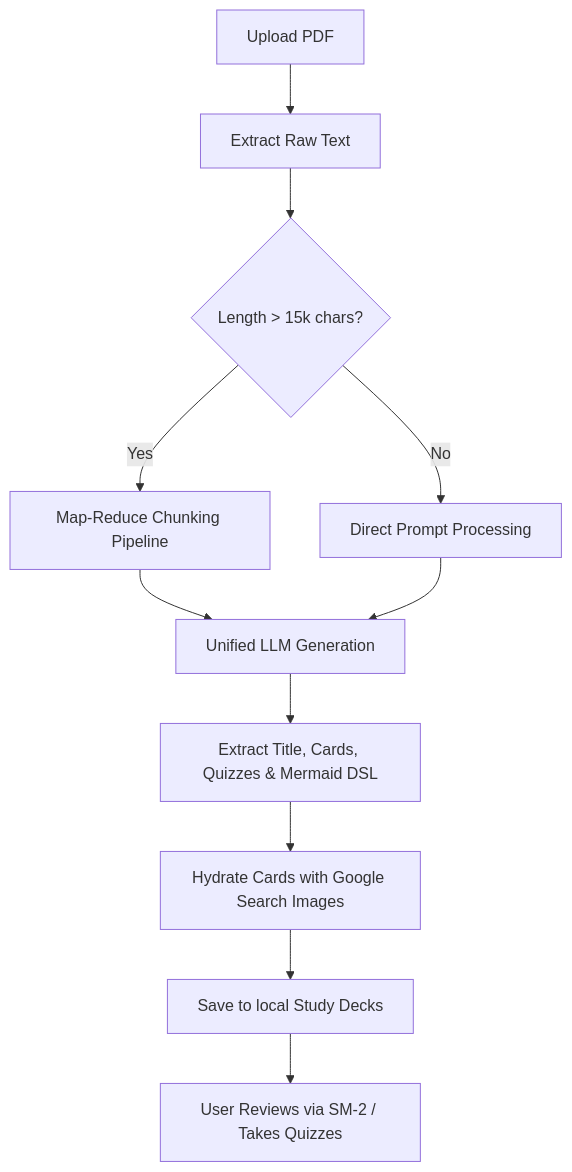
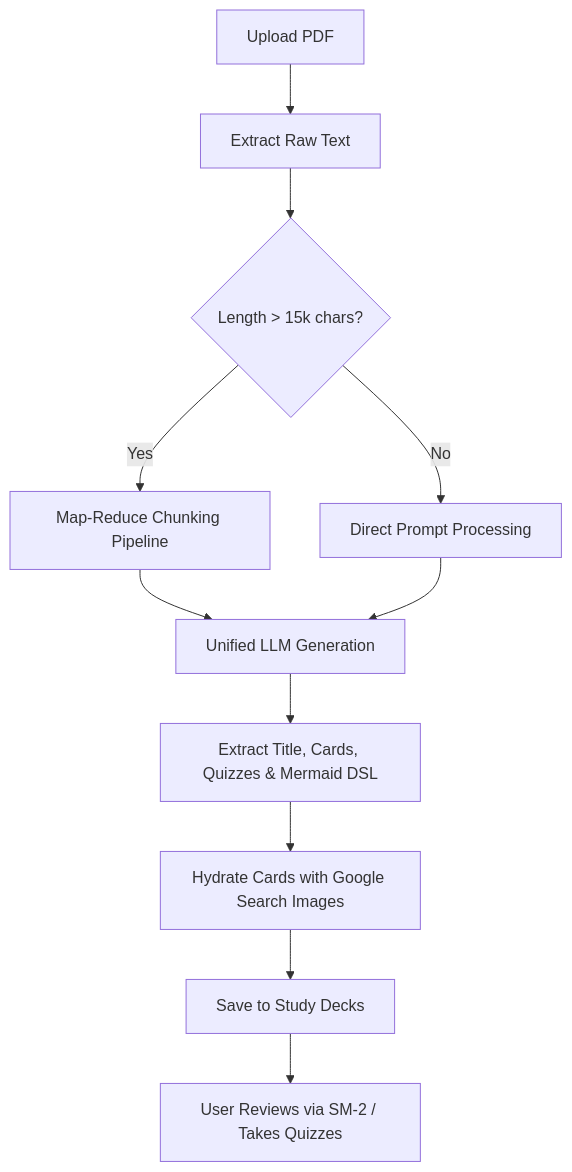
The diagram in README.md (DeclineZ/Relian), drawn with Mermaid before and after one commit.

````diff
--- a/README.md
+++ b/README.md
@@ -40,13 +40,13 @@
 ```mermaid
 graph TD
     A[Upload PDF] --> B[Extract Raw Text]
     B --> C{Length > 15k chars?}
     C -- Yes --> D[Map-Reduce Chunking Pipeline]
     C -- No --> E[Direct Prompt Processing]
     D --> F[Unified LLM Generation]
     E --> F
     F --> G[Extract Title, Cards, Quizzes & Mermaid DSL]
     G --> H[Hydrate Cards with Google Search Images]
-    H --> I[Save to local Study Decks]
+    H --> I[Save to Study Decks]
     I --> J[User Reviews via SM-2 / Takes Quizzes]
 ```
````
